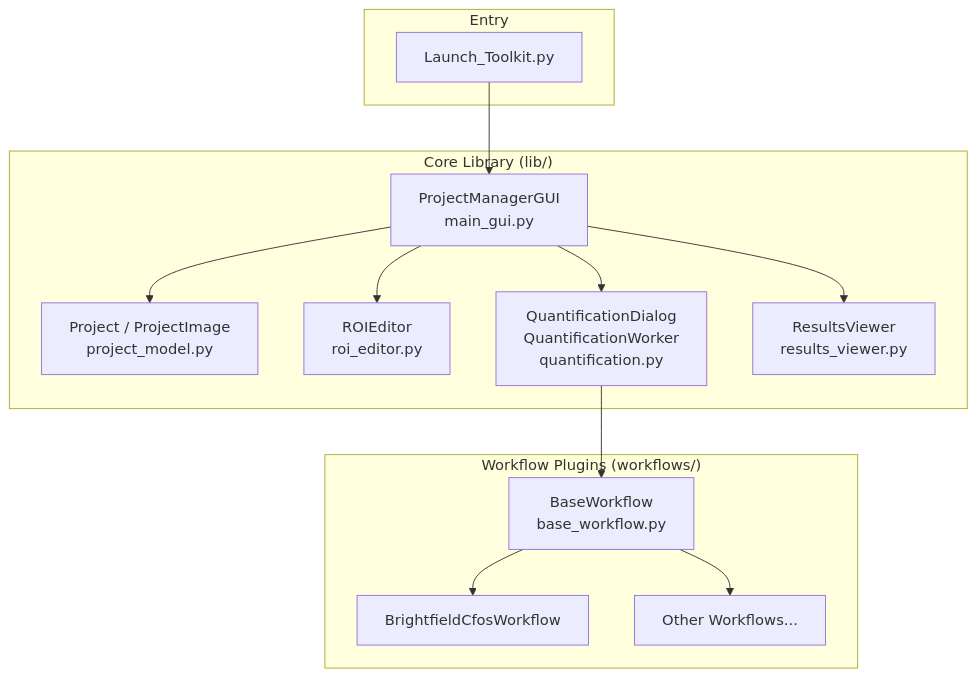
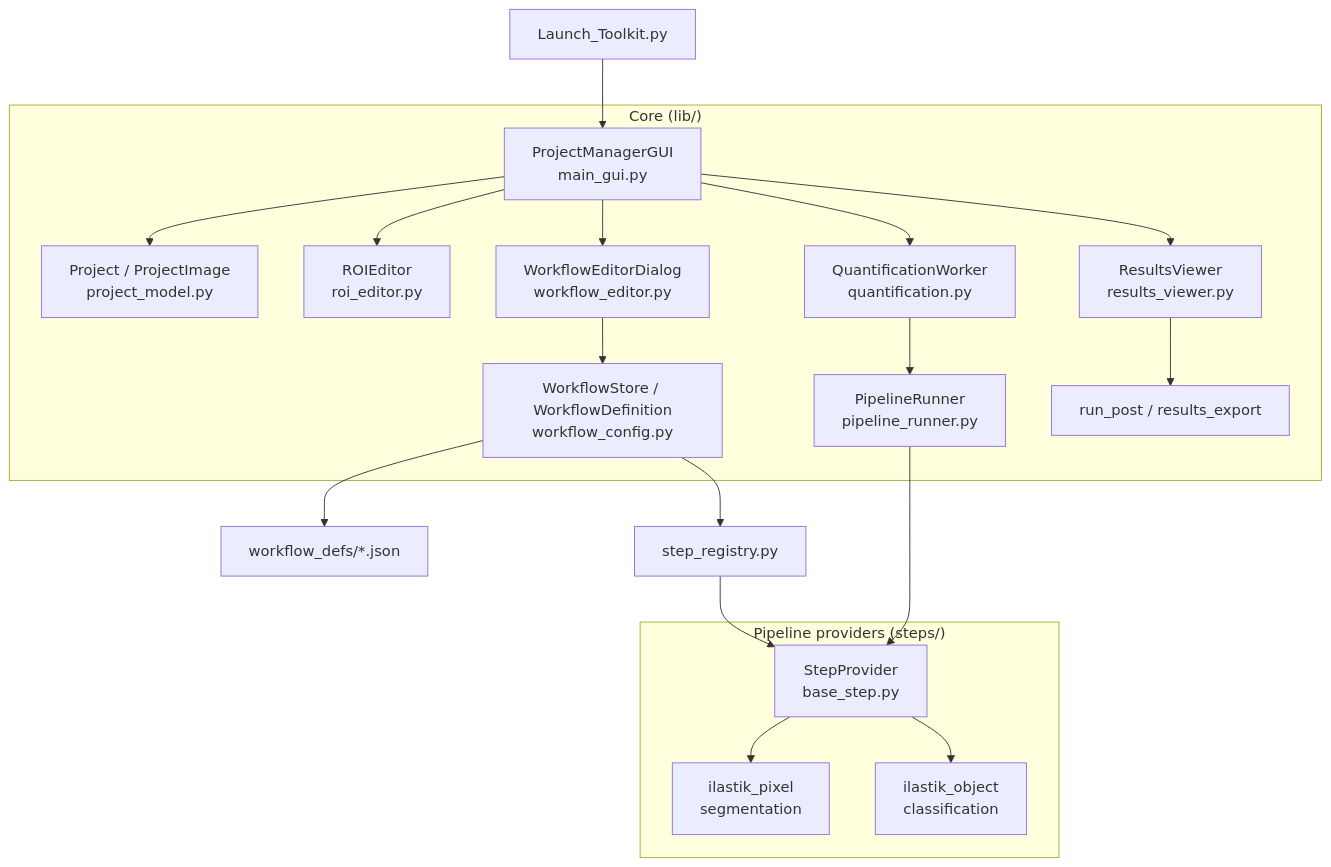
The diagram in docs/architecture.md (mrallred/Cell-Quantification-Toolkit), drawn with Mermaid before and after one commit. The commit also changed other lines of this file and 4 other files, not shown here.

````diff
--- a/docs/architecture.md
+++ b/docs/architecture.md
@@ -30,29 +47,26 @@
 ```mermaid
 graph TD
-    subgraph Entry
-        A[Launch_Toolkit.py]
+    A[Launch_Toolkit.py] --> B[ProjectManagerGUI<br/>main_gui.py]
+
+    subgraph "Core (lib/)"
+        B --> C[Project / ProjectImage<br/>project_model.py]
+        B --> D[ROIEditor<br/>roi_editor.py]
+        B --> E[WorkflowEditorDialog<br/>workflow_editor.py]
+        B --> F[QuantificationWorker<br/>quantification.py]
+        B --> G[ResultsViewer<br/>results_viewer.py]
+        E --> H[WorkflowStore / WorkflowDefinition<br/>workflow_config.py]
+        F --> I[PipelineRunner<br/>pipeline_runner.py]
+        G --> J[run_post / results_export]
     end
-    
-    subgraph "Core Library (lib/)"
-        B[ProjectManagerGUI<br/>main_gui.py]
-        C[Project / ProjectImage<br/>project_model.py]
-        D[ROIEditor<br/>roi_editor.py]
-        E[QuantificationDialog<br/>QuantificationWorker<br/>quantification.py]
-        F[ResultsViewer<br/>results_viewer.py]
+
+    subgraph "Pipeline providers (steps/)"
+        K[StepProvider<br/>base_step.py]
+        K --> L[ilastik_pixel<br/>segmentation]
+        K --> M[ilastik_object<br/>classification]
     end
-    
-    subgraph "Workflow Plugins (workflows/)"
-        G[BaseWorkflow<br/>base_workflow.py]
-        H[BrightfieldCfosWorkflow]
-        I[Other Workflows...]
-    end
-    
-    A --> B
-    B --> C
-    B --> D
-    B --> E
-    B --> F
-    E --> G
-    G --> H
-    G --> I
+
+    H --> N[workflow_defs/*.json]
+    I --> K
+    R[step_registry.py] --> K
+    H --> R
 ```
````
